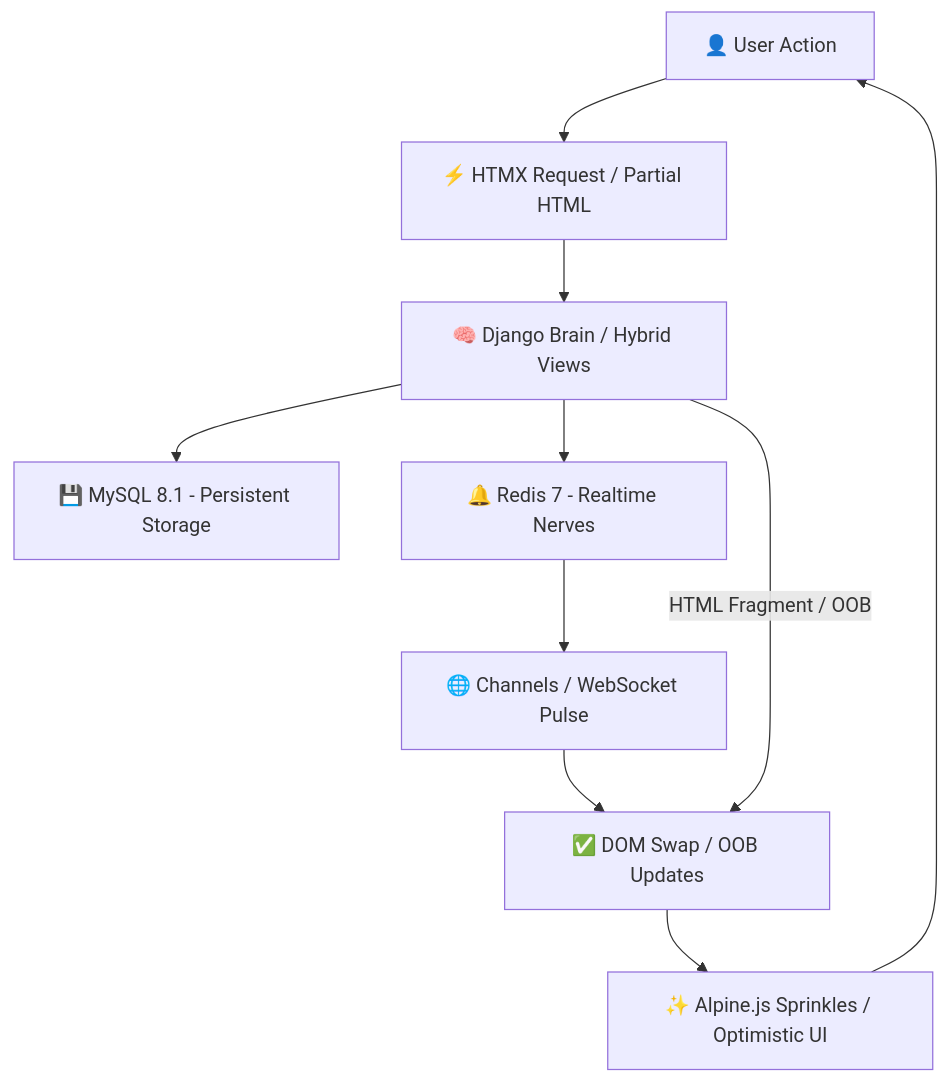
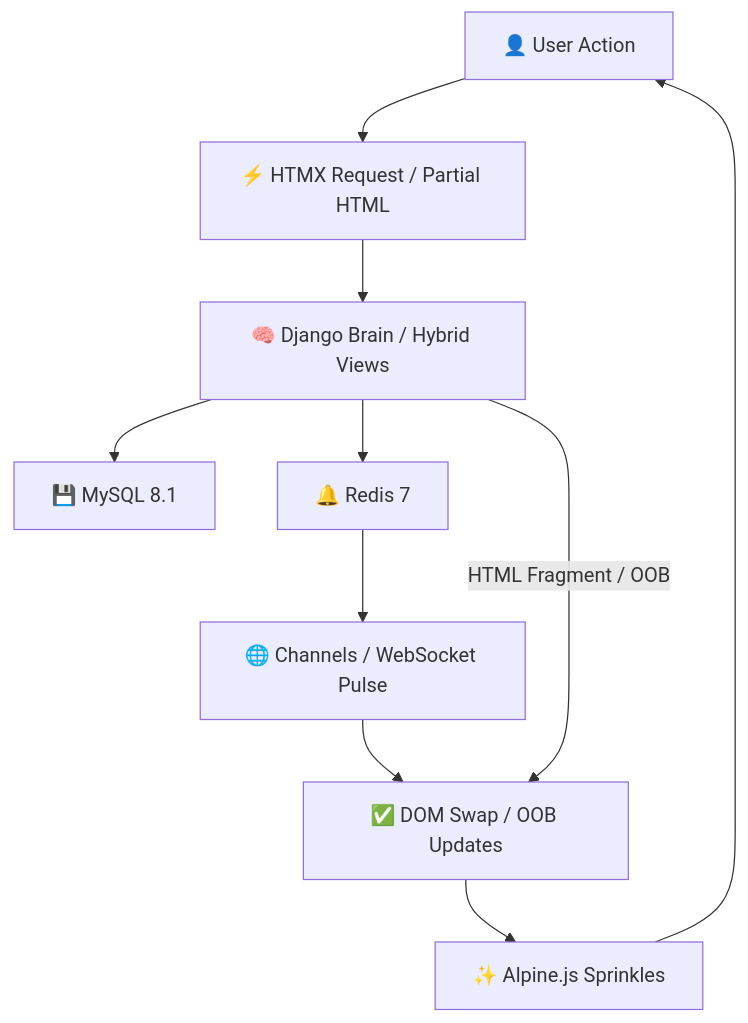
Before and after one commit to seanwhs/Tutorials: the third of 3 diagrams in Full-Stack/Django-HTMX-Alpine.md, drawn with Mermaid. The commit also changed other lines of this file, not shown here.

````diff
--- a/Full-Stack/Django-HTMX-Alpine.md
+++ b/Full-Stack/Django-HTMX-Alpine.md
@@ -284,13 +373,12 @@
 ```mermaid
 flowchart TB
-    %% Circular DHA Loop
     U[👤 User Action] --> HTMX[⚡ HTMX Request / Partial HTML]
     HTMX --> DJ[🧠 Django Brain / Hybrid Views]
-    DJ --> DB[💾 MySQL 8.1 - Persistent Storage]
-    DJ --> Redis[🔔 Redis 7 - Realtime Nerves]
+    DJ --> DB[💾 MySQL 8.1]
+    DJ --> Redis[🔔 Redis 7]
     Redis --> Channels[🌐 Channels / WebSocket Pulse]
     Channels --> DOM[✅ DOM Swap / OOB Updates]
     DJ -->|HTML Fragment / OOB| DOM
-    DOM --> UX[✨ Alpine.js Sprinkles / Optimistic UI]
+    DOM --> UX[✨ Alpine.js Sprinkles]
     UX --> U
 ```
````
